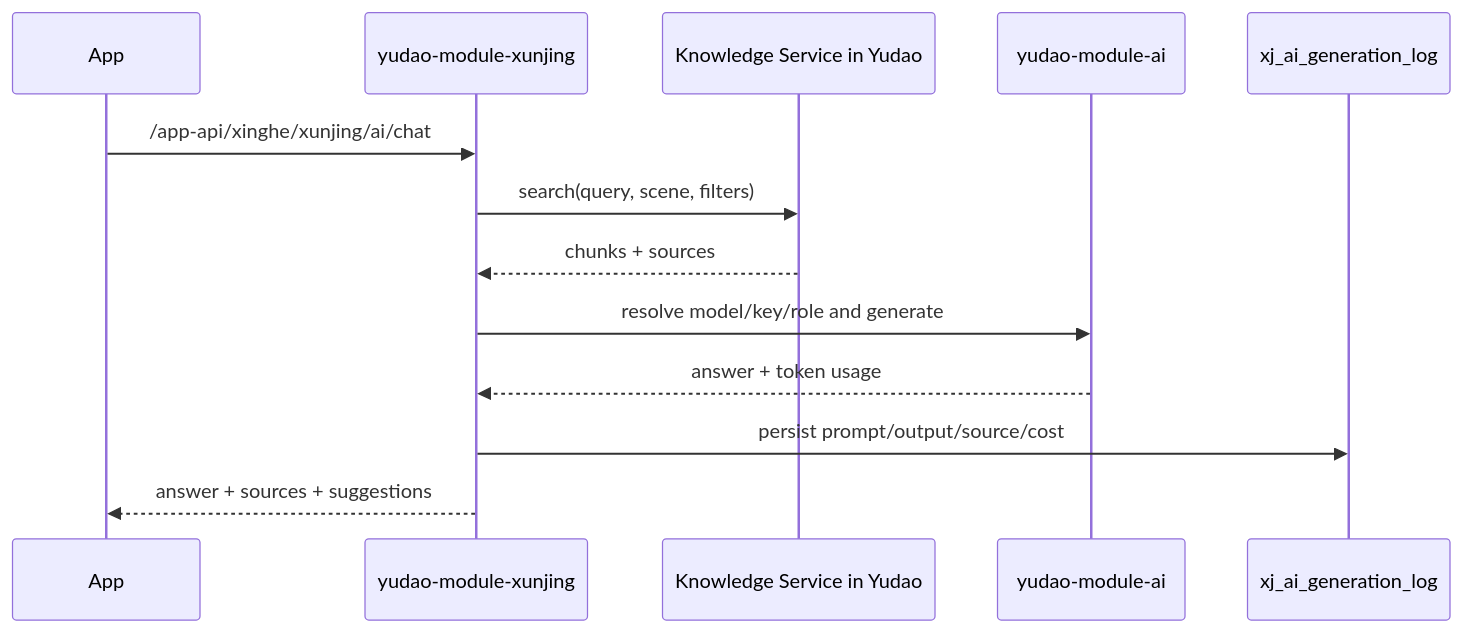
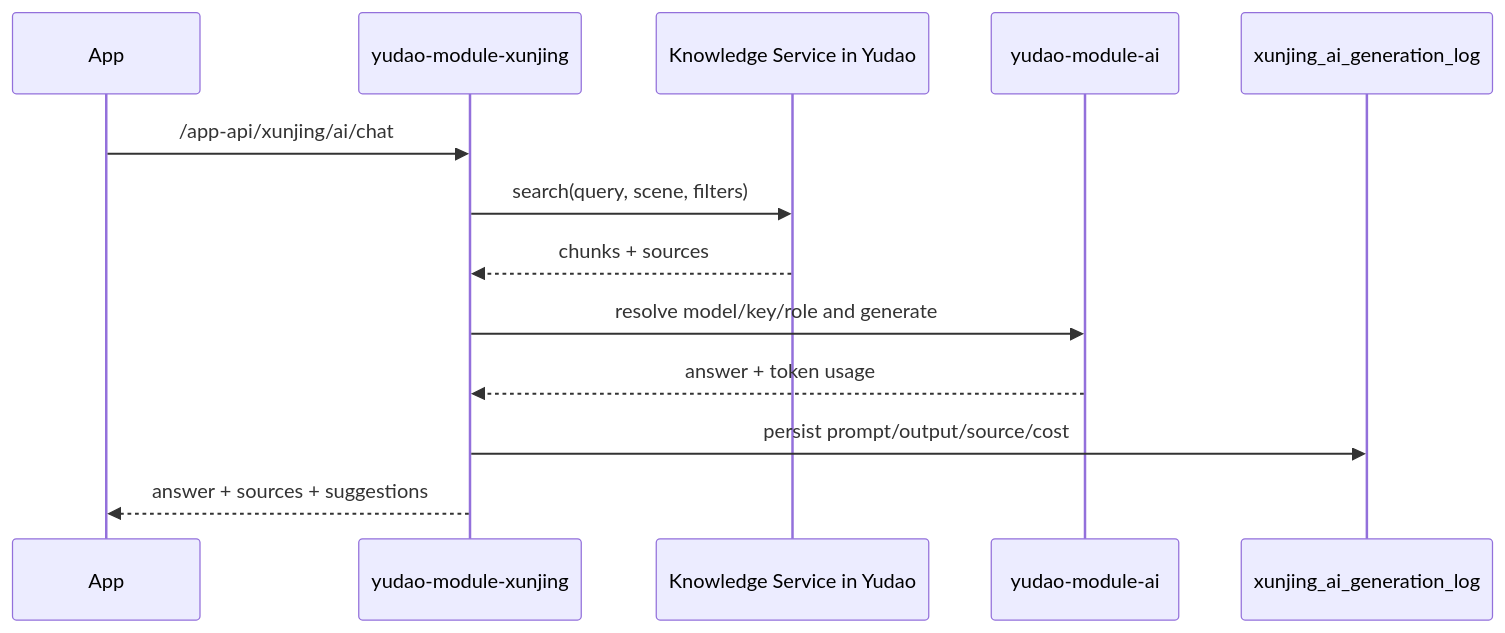
One commit to chaoliuhihi-web/xunjing changed the fifth of 5 diagrams in docs/02_开发规划/星河寻境一期后台Yudao架构规划.md. Above: the diagram before and after it, drawn with Mermaid. The commit also changed other lines of this file and 4 other files, not shown here.

````diff
--- a/docs/02_开发规划/星河寻境一期后台Yudao架构规划.md
+++ b/docs/02_开发规划/星河寻境一期后台Yudao架构规划.md
@@ -769,16 +916,16 @@
 ```mermaid
 sequenceDiagram
   participant App as App
   participant XJ as yudao-module-xunjing
   participant KB as Knowledge Service in Yudao
   participant AI as yudao-module-ai
-  participant Log as xj_ai_generation_log
+  participant Log as xunjing_ai_generation_log
 
-  App->>XJ: /app-api/xinghe/xunjing/ai/chat
+  App->>XJ: /app-api/xunjing/ai/chat
   XJ->>KB: search(query, scene, filters)
   KB-->>XJ: chunks + sources
   XJ->>AI: resolve model/key/role and generate
   AI-->>XJ: answer + token usage
   XJ->>Log: persist prompt/output/source/cost
   XJ-->>App: answer + sources + suggestions
 ```
````
